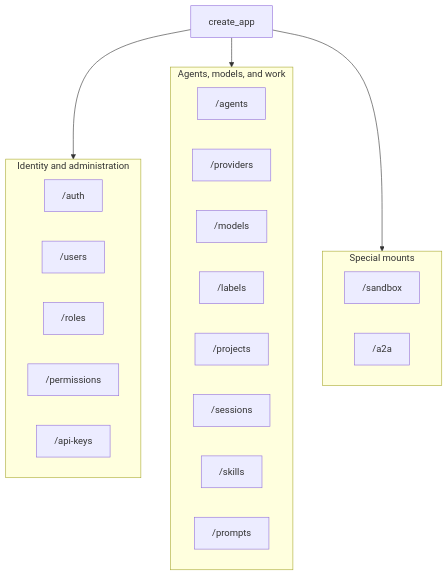
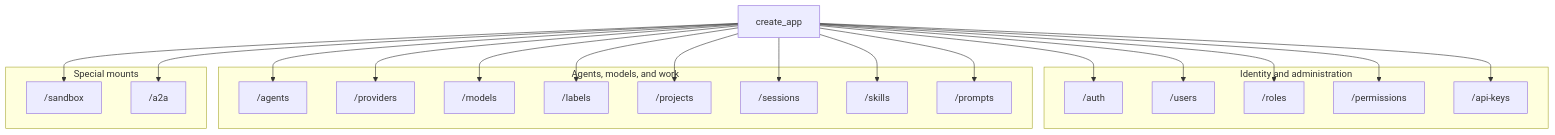
Before and after one commit to jrialland/agentbox: the second of 3 diagrams in docs/architecture/03-backend.md, drawn with Mermaid. The commit also changed 5 other files, not shown here.

Commit message:
docs(architecture): complete technical architecture documentation set

````diff
--- a/docs/architecture/03-backend.md
+++ b/docs/architecture/03-backend.md
@@ -108,27 +108,40 @@
 ```mermaid
 flowchart TB
-  app["create_app"] --> identity
-  app --> content
-  app --> special
+  app["create_app"]
   subgraph identity["Identity and administration"]
     auth["/auth"]
     users["/users"]
     roles["/roles"]
     perms["/permissions"]
     keys["/api-keys"]
   end
   subgraph content["Agents, models, and work"]
     agents["/agents"]
     providers["/providers"]
     models["/models"]
     labels["/labels"]
     projects["/projects"]
     sessions["/sessions"]
     skills["/skills"]
     prompts["/prompts"]
   end
   subgraph special["Special mounts"]
     sandbox["/sandbox"]
     a2a["/a2a"]
   end
+  app --> auth
+  app --> users
+  app --> roles
+  app --> perms
+  app --> keys
+  app --> agents
+  app --> providers
+  app --> models
+  app --> labels
+  app --> projects
+  app --> sessions
+  app --> skills
+  app --> prompts
+  app --> sandbox
+  app --> a2a
 ```
````
